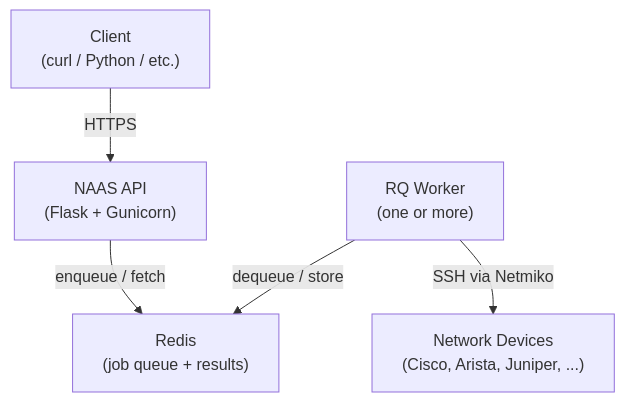
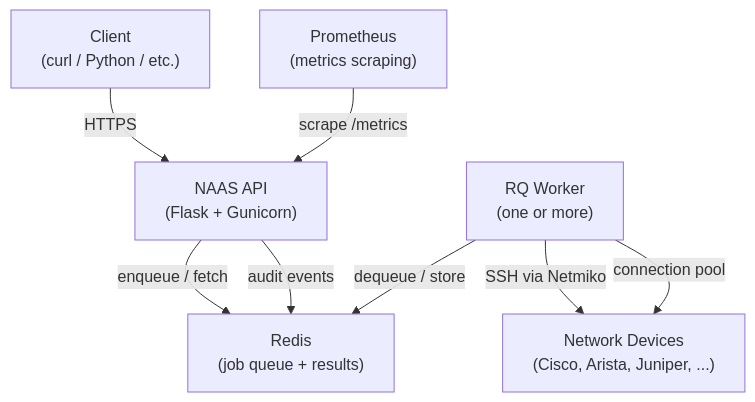
Before and after one commit to lykinsbd/naas: the second of 3 diagrams in docs/architecture.md, drawn with Mermaid. The commit also changed other lines of this file and 6 other files, not shown here.

````diff
--- a/docs/architecture.md
+++ b/docs/architecture.md
@@ -31,13 +31,17 @@
 ```mermaid
 graph TD
     Client["Client<br/>(curl / Python / etc.)"]
     API["NAAS API<br/>(Flask + Gunicorn)"]
     Redis["Redis<br/>(job queue + results)"]
     Worker["RQ Worker<br/>(one or more)"]
     Device["Network Devices<br/>(Cisco, Arista, Juniper, ...)"]
+    Metrics["Prometheus<br/>(metrics scraping)"]
 
     Client -->|HTTPS| API
     API -->|enqueue / fetch| Redis
     Worker -->|dequeue / store| Redis
     Worker -->|SSH via Netmiko| Device
+    Worker -->|connection pool| Device
+    Metrics -->|scrape /metrics| API
+    API -->|audit events| Redis
 ```
````
